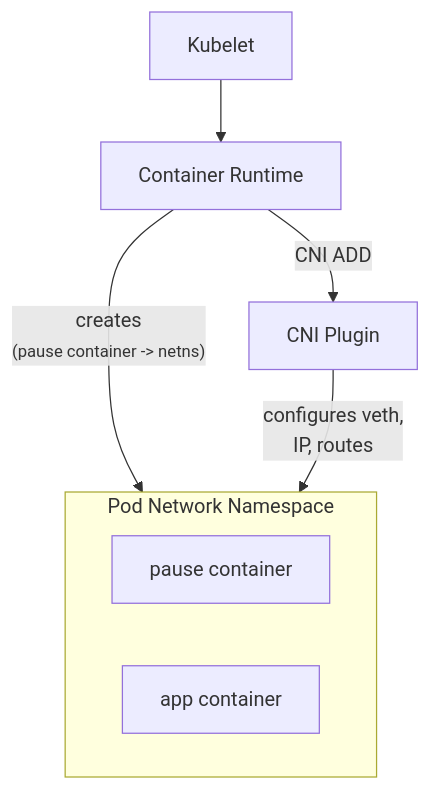
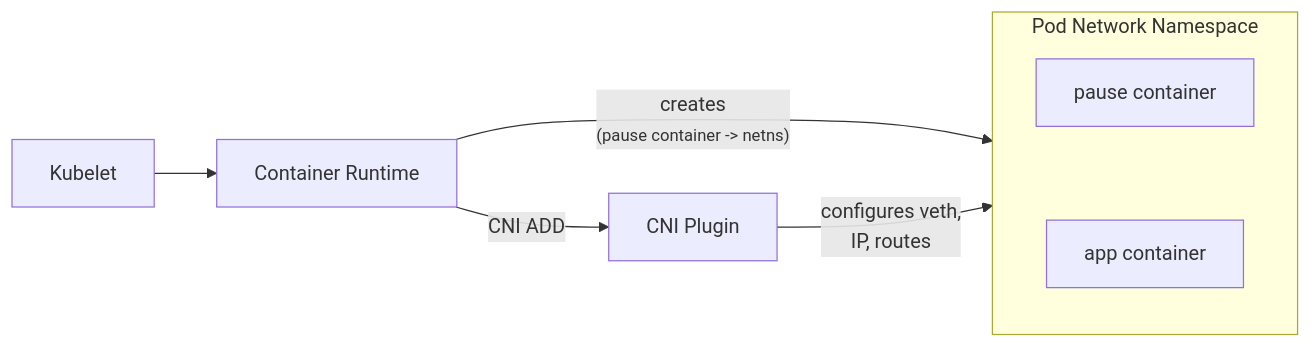
One commit to SRodi/srodi.github.io changed the third of 15 diagrams in _posts/2025-03-17-kubecon.md. Above: the diagram before and after it, drawn with Mermaid. The commit also changed other lines of this file, not shown here.

Commit message:
kubecon diagrams submitted

````diff
--- a/_posts/2025-03-17-kubecon.md
+++ b/_posts/2025-03-17-kubecon.md
@@ -43,14 +43,16 @@
 ```mermaid
-graph TD
+flowchart LR
     Kubelet[Kubelet]
     CNI[CNI Plugin]
     Runtime[Container Runtime]
     subgraph PodNS ["Pod Network Namespace"]
+        direction TB
         Pause[pause container]
         App[app container]
+        Pause ~~~ App
     end
     Kubelet --> Runtime
     Runtime -->|CNI ADD| CNI
     Runtime -->|"creates<br><small>(pause container -> netns)"| PodNS
     CNI -->|configures veth,<br>IP, routes| PodNS
 ```
````
